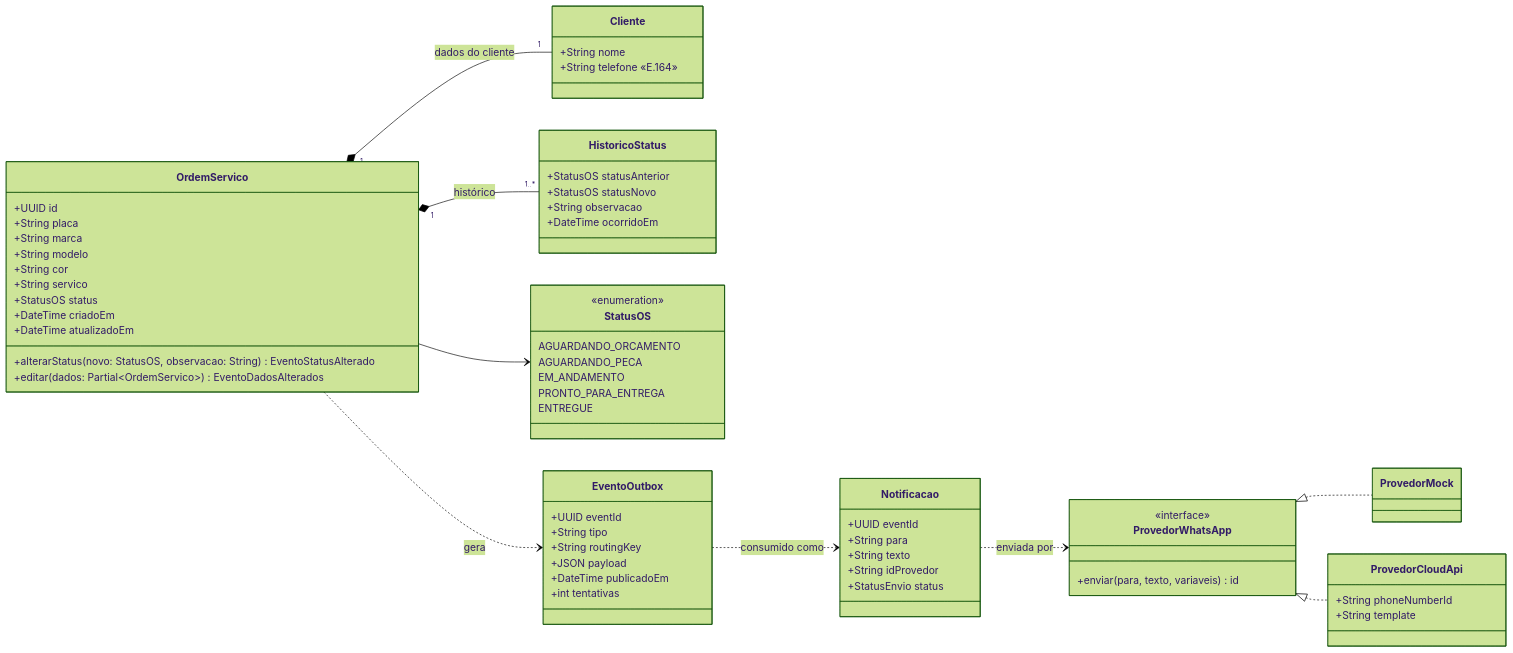
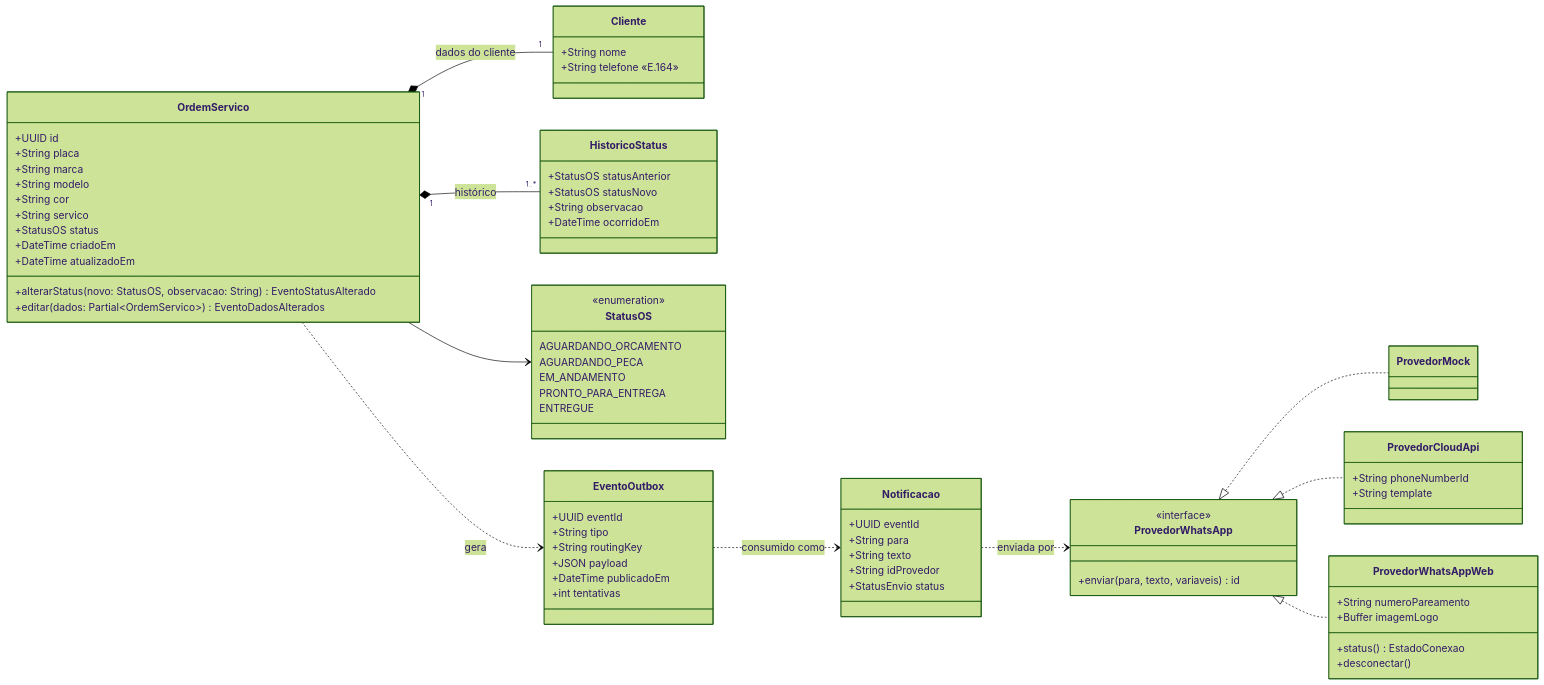
Before and after one commit to CarlosAlvesSantosJr/Gest-oDeVeiculos: the second of 5 diagrams in docs/UML.md, drawn with Mermaid (forest theme). The commit also changed other lines of this file and 2 other files, not shown here.

Commit message:
Atualiza documentação: mensageria em destaque, WhatsApp da oficina, acesso pelo celular e testes

````diff
--- a/docs/UML.md
+++ b/docs/UML.md
@@ -44,75 +44,82 @@
 ```mermaid
 classDiagram
     direction LR
 
     class OrdemServico {
         +UUID id
         +String placa
         +String marca
         +String modelo
         +String cor
         +String servico
         +StatusOS status
         +DateTime criadoEm
         +DateTime atualizadoEm
         +alterarStatus(novo: StatusOS, observacao: String) EventoStatusAlterado
         +editar(dados: Partial~OrdemServico~) EventoDadosAlterados
     }
 
     class Cliente {
         +String nome
         +String telefone  «E.164»
     }
 
     class HistoricoStatus {
         +StatusOS statusAnterior
         +StatusOS statusNovo
         +String observacao
         +DateTime ocorridoEm
     }
 
     class StatusOS {
         <<enumeration>>
         AGUARDANDO_ORCAMENTO
         AGUARDANDO_PECA
         EM_ANDAMENTO
         PRONTO_PARA_ENTREGA
         ENTREGUE
     }
 
     class EventoOutbox {
         +UUID eventId
         +String tipo
         +String routingKey
         +JSON payload
         +DateTime publicadoEm
         +int tentativas
     }
 
     class Notificacao {
         +UUID eventId
         +String para
         +String texto
         +String idProvedor
         +StatusEnvio status
     }
 
     class ProvedorWhatsApp {
         <<interface>>
         +enviar(para, texto, variaveis) id
     }
     class ProvedorMock
+    class ProvedorWhatsAppWeb {
+        +String numeroPareamento
+        +Buffer imagemLogo
+        +status() EstadoConexao
+        +desconectar()
+    }
     class ProvedorCloudApi {
         +String phoneNumberId
         +String template
     }
 
     OrdemServico "1" *-- "1" Cliente : dados do cliente
     OrdemServico "1" *-- "1..*" HistoricoStatus : histórico
     OrdemServico --> StatusOS
     OrdemServico ..> EventoOutbox : gera
     EventoOutbox ..> Notificacao : consumido como
     ProvedorWhatsApp <|.. ProvedorMock
     ProvedorWhatsApp <|.. ProvedorCloudApi
+    ProvedorWhatsApp <|.. ProvedorWhatsAppWeb
     Notificacao ..> ProvedorWhatsApp : enviada por
 ```
````
